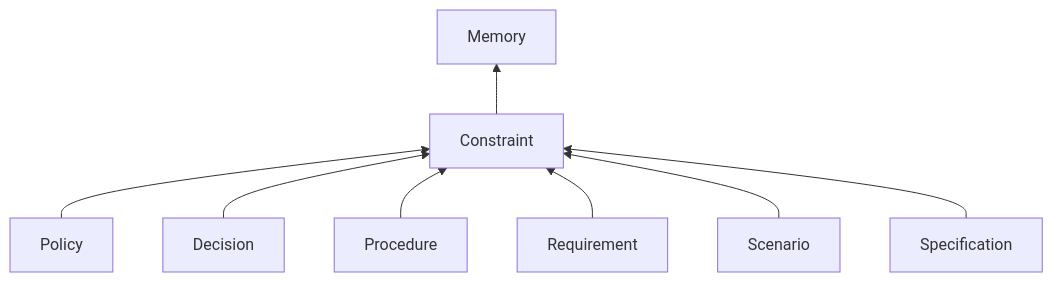
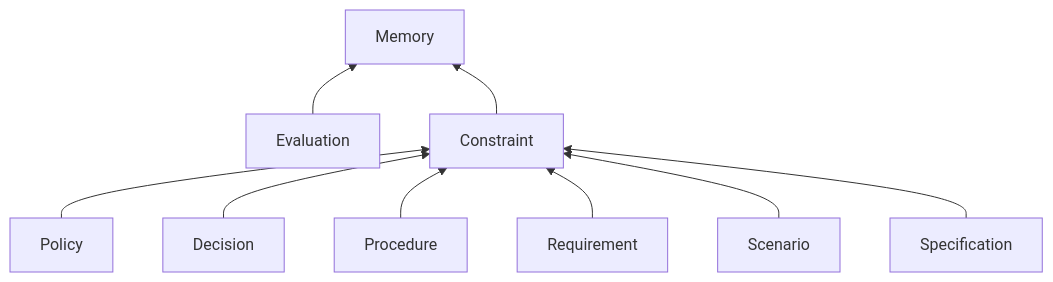
The sixth of 7 diagrams in specs/types/memory/memory.md (gastownhall/bdp), drawn with Mermaid before and after one commit. The commit also changed other lines of this file and 5 other files, not shown here.

Commit message:
Propagate evaluation ownership and collective claims into the Memory draft

````diff
--- a/specs/types/memory/memory.md
+++ b/specs/types/memory/memory.md
@@ -296,10 +311,11 @@
 ```mermaid
 flowchart BT
+    Evaluation --> Memory
     Constraint --> Memory
     Policy --> Constraint
     Decision --> Constraint
     Procedure --> Constraint
     Requirement --> Constraint
     Scenario --> Constraint
     Specification --> Constraint
 ```
````
